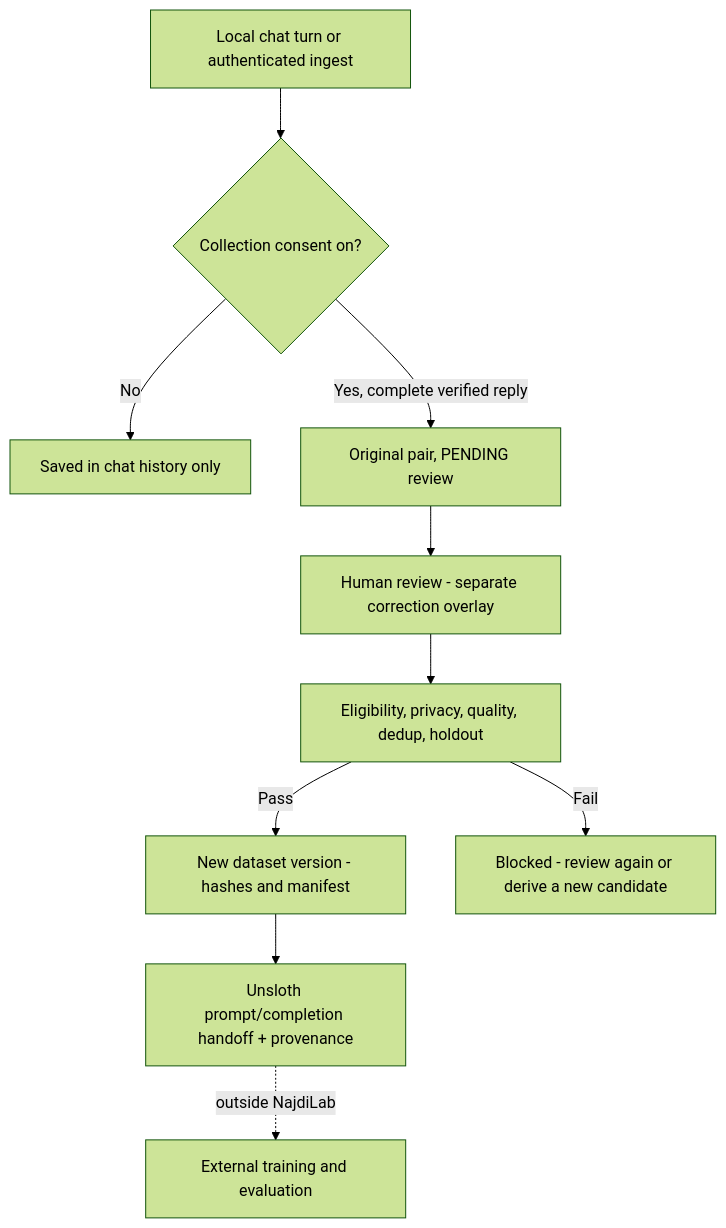
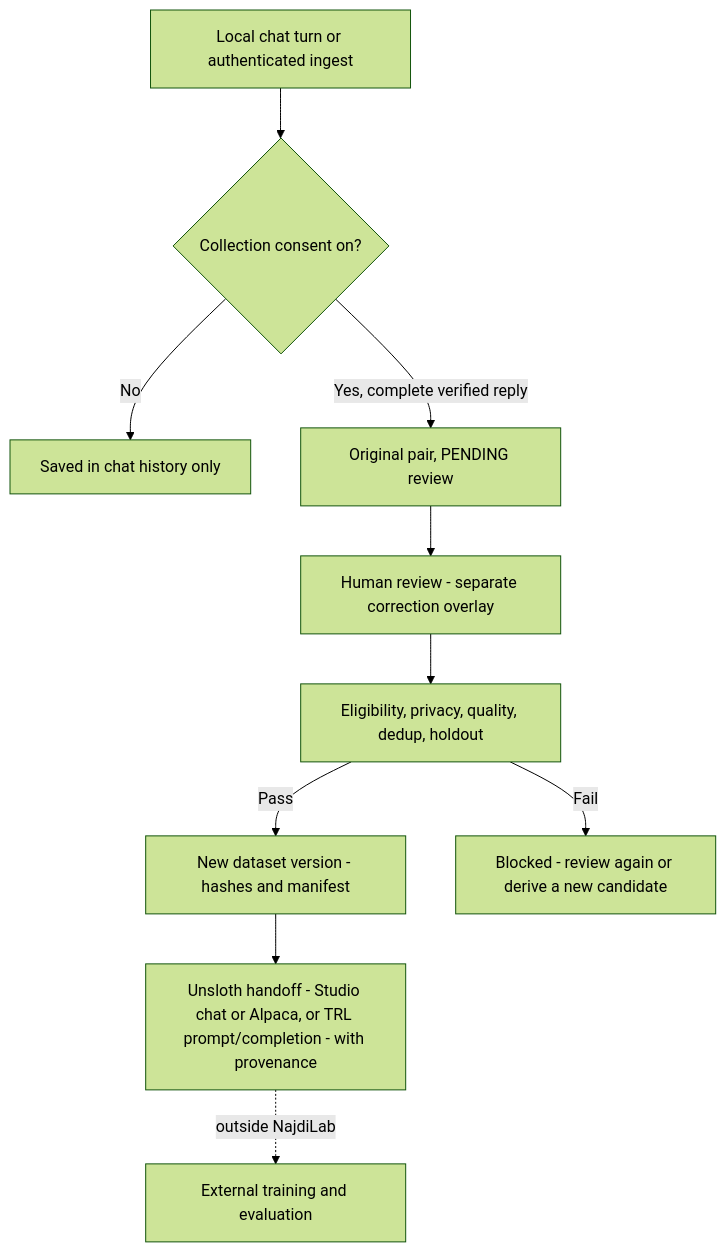
The second of 2 diagrams in README.md (abinadwan/NajdiLab), drawn with Mermaid (forest theme) before and after one commit. The commit also changed other lines of this file and 29 other files, not shown here.

````diff
--- a/README.md
+++ b/README.md
@@ -244,12 +244,12 @@
 ```mermaid
 flowchart TB
   C[Local chat turn or authenticated ingest] --> K{Collection consent on?}
   K -->|No| S[Saved in chat history only]
   K -->|Yes, complete verified reply| O[Original pair, PENDING review]
   O --> R[Human review - separate correction overlay]
   R --> V[Eligibility, privacy, quality, dedup, holdout]
   V -->|Pass| G[New dataset version - hashes and manifest]
   V -->|Fail| X[Blocked - review again or derive a new candidate]
-  G --> H[Unsloth prompt/completion handoff + provenance]
+  G --> H[Unsloth handoff - Studio chat or Alpaca, or TRL prompt/completion - with provenance]
   H -.->|outside NajdiLab| T[External training and evaluation]
 ```
````
